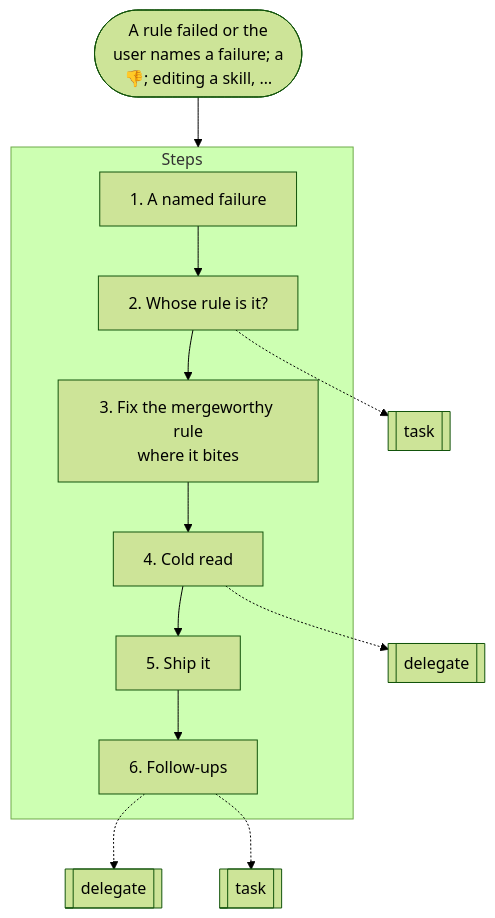
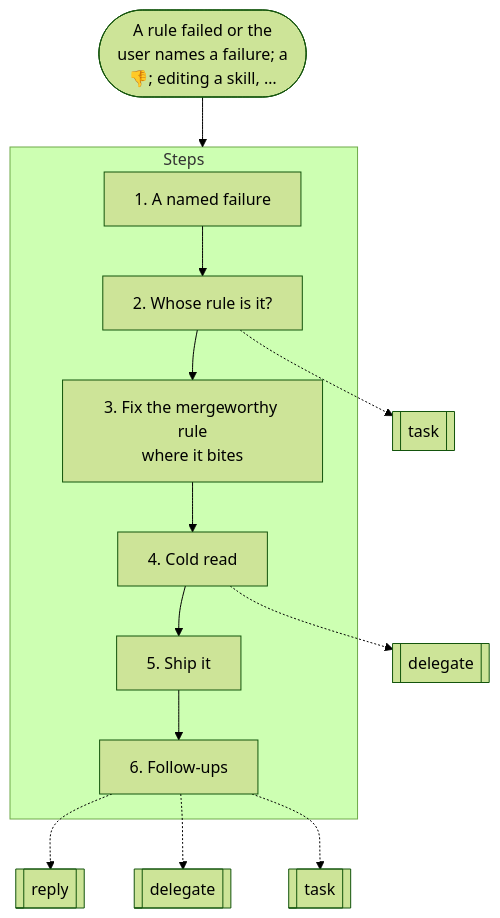
Before and after one commit to nitedani-agent/mergeworthy: the ninth of 19 diagrams in docs/graphs.md, drawn with Mermaid (forest theme). The commit also changed other lines of this file and 5 other files, not shown here.

````diff
--- a/docs/graphs.md
+++ b/docs/graphs.md
@@ -236,22 +236,23 @@
 ```mermaid
 flowchart TB
   start(["A rule failed or the<br/>user names a failure; a<br/>👎; editing a skill, …"])
   subgraph g0["Steps"]
     s0["1. A named failure"]
     s1["2. Whose rule is it?"]
     s0 --> s1
     s2["3. Fix the mergeworthy rule<br/>where it bites"]
     s1 --> s2
     s3["4. Cold read"]
     s2 --> s3
     s4["5. Ship it"]
     s3 --> s4
     s5["6. Follow-ups"]
     s4 --> s5
   end
   s1 -.-> r1[["task"]]
   s3 -.-> r2[["delegate"]]
-  s5 -.-> r3[["delegate"]]
-  s5 -.-> r4[["task"]]
+  s5 -.-> r3[["reply"]]
+  s5 -.-> r4[["delegate"]]
+  s5 -.-> r5[["task"]]
   start --> g0
 ```
````
